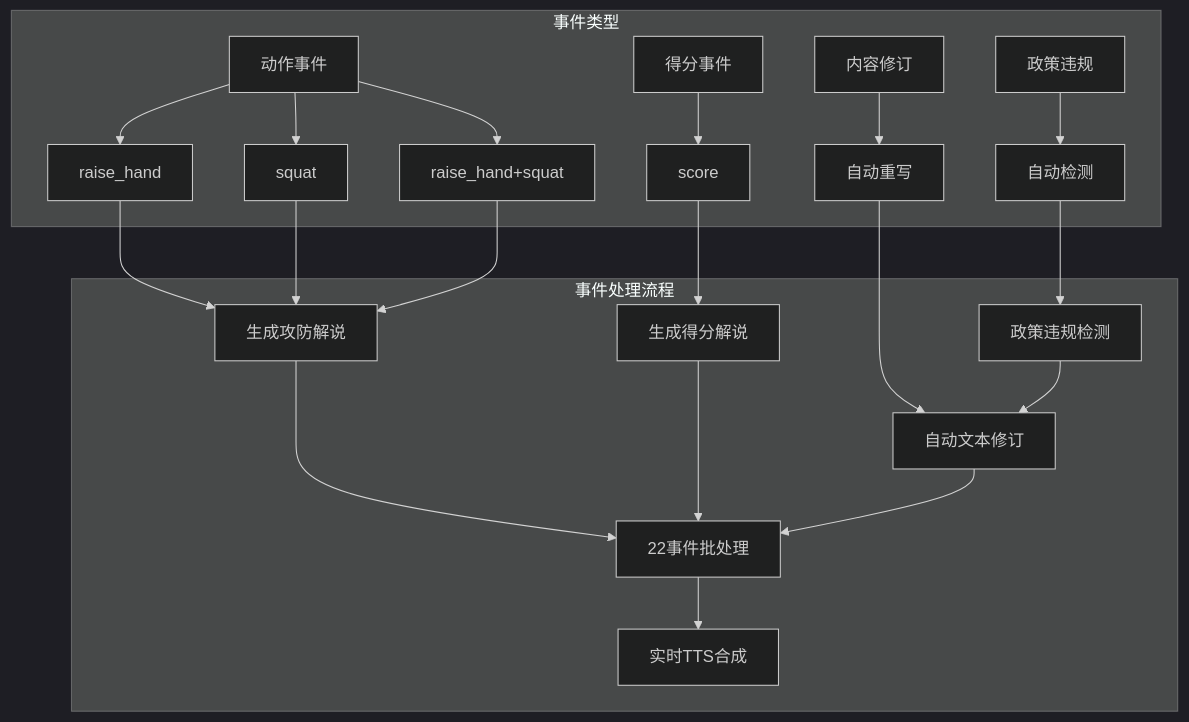
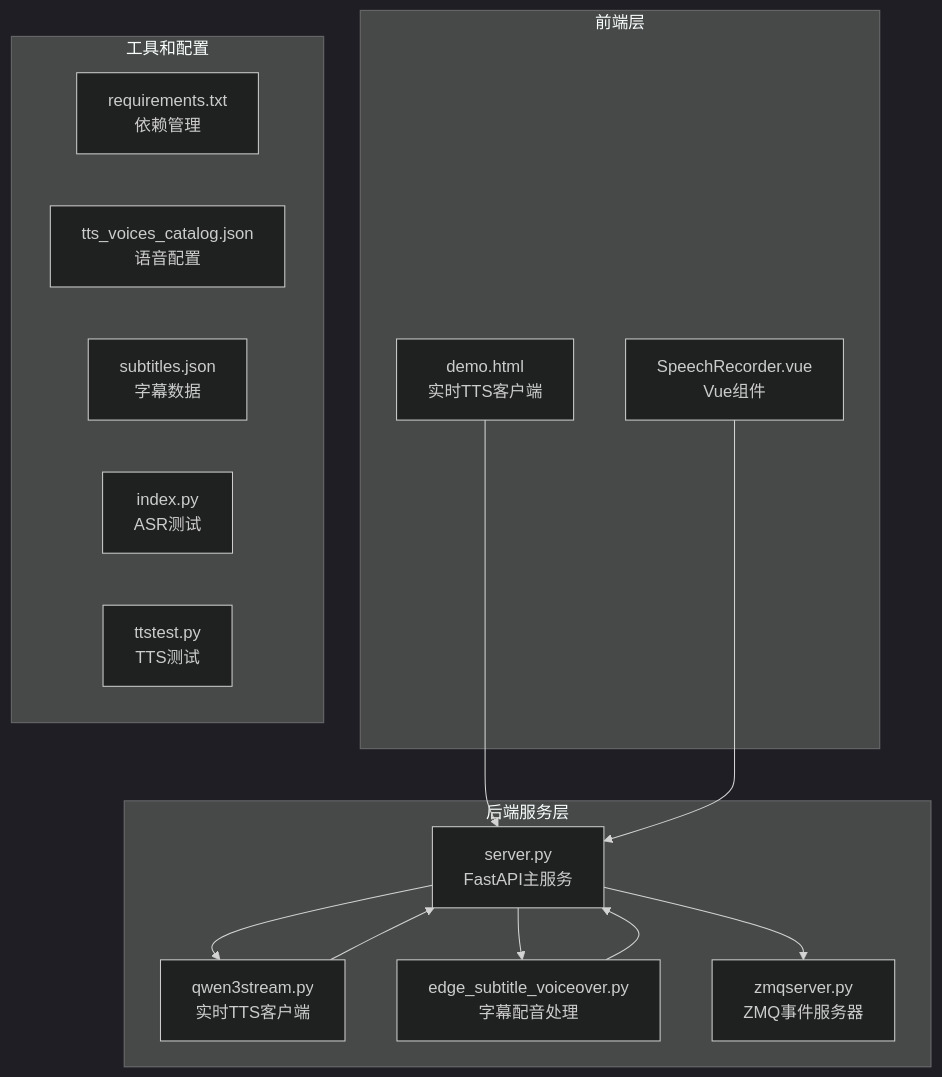
Before and after one commit to 1024dashen/Vue3Speech: the first of 7 diagrams in .qoder/repowiki/zh/content/语音合成服务/实时TTS合成.md, drawn with Mermaid (dark theme). The commit also changed other lines of this file and 3 other files, not shown here.

````diff
--- a/.qoder/repowiki/zh/content/语音合成服务/实时TTS合成.md
+++ b/.qoder/repowiki/zh/content/语音合成服务/实时TTS合成.md
@@ -310,24 +46,27 @@
 ```mermaid
-flowchart TD
-subgraph "事件类型"
-A[动作事件] --> A1[raise_hand]
-A --> A2[squat]
-A --> A3[raise_hand+squat]
-B[得分事件] --> B1[score]
-C[政策违规] --> C1[自动检测]
-D[内容修订] --> D1[自动重写]
+graph TB
+subgraph "前端层"
+A[demo.html<br/>实时TTS客户端]
+B[SpeechRecorder.vue<br/>Vue组件]
 end
-subgraph "事件处理流程"
-A1 --> E[生成攻防解说]
-A2 --> E
-A3 --> E
-B1 --> F[生成得分解说]
-C1 --> G[政策违规检测]
-D1 --> H[自动文本修订]
-E --> I[22事件批处理]
-F --> I
-G --> H
-H --> I
-I --> J[实时TTS合成]
+subgraph "后端服务层"
+C[server.py<br/>FastAPI主服务]
+D[qwen3stream.py<br/>实时TTS客户端]
+E[edge_subtitle_voiceover.py<br/>字幕配音处理]
+F[zmqserver.py<br/>ZMQ事件服务器]
 end
+subgraph "工具和配置"
+G[requirements.txt<br/>依赖管理]
+H[tts_voices_catalog.json<br/>语音配置]
+I[subtitles.json<br/>字幕数据]
+J[index.py<br/>ASR测试]
+K[ttstest.py<br/>TTS测试]
+end
+A --> C
+B --> C
+C --> D
+C --> E
+C --> F
+D --> C
+E --> C
 ```
````
